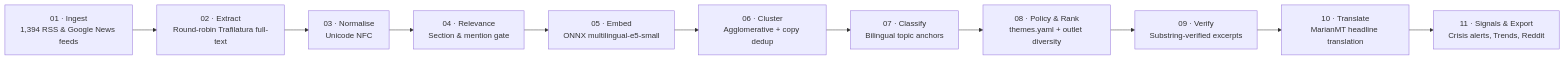
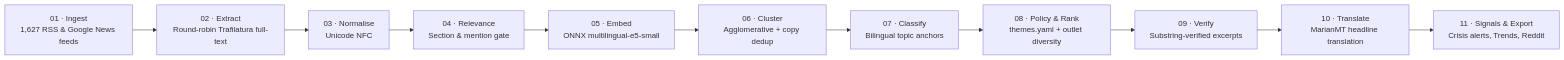
Before and after one commit to gergkar-gif/argos-monitor: the diagram in README.md, drawn with Mermaid. The commit also changed other lines of this file and 56 other files, not shown here.

````diff
--- a/README.md
+++ b/README.md
@@ -39,13 +39,13 @@
 ```mermaid
 flowchart LR
-    A["01 · Ingest<br/>1,394 RSS & Google News feeds"] --> B["02 · Extract<br/>Round-robin Trafilatura full-text"]
+    A["01 · Ingest<br/>1,627 RSS & Google News feeds"] --> B["02 · Extract<br/>Round-robin Trafilatura full-text"]
     B --> C["03 · Normalise<br/>Unicode NFC"]
     C --> D["04 · Relevance<br/>Section & mention gate"]
     D --> E["05 · Embed<br/>ONNX multilingual-e5-small"]
     E --> F["06 · Cluster<br/>Agglomerative + copy dedup"]
     F --> G["07 · Classify<br/>Bilingual topic anchors"]
     G --> H["08 · Policy & Rank<br/>themes.yaml + outlet diversity"]
     H --> I["09 · Verify<br/>Substring-verified excerpts"]
     I --> J["10 · Translate<br/>MarianMT headline translation"]
     J --> K["11 · Signals & Export<br/>Crisis alerts, Trends, Reddit"]
 ```
````
